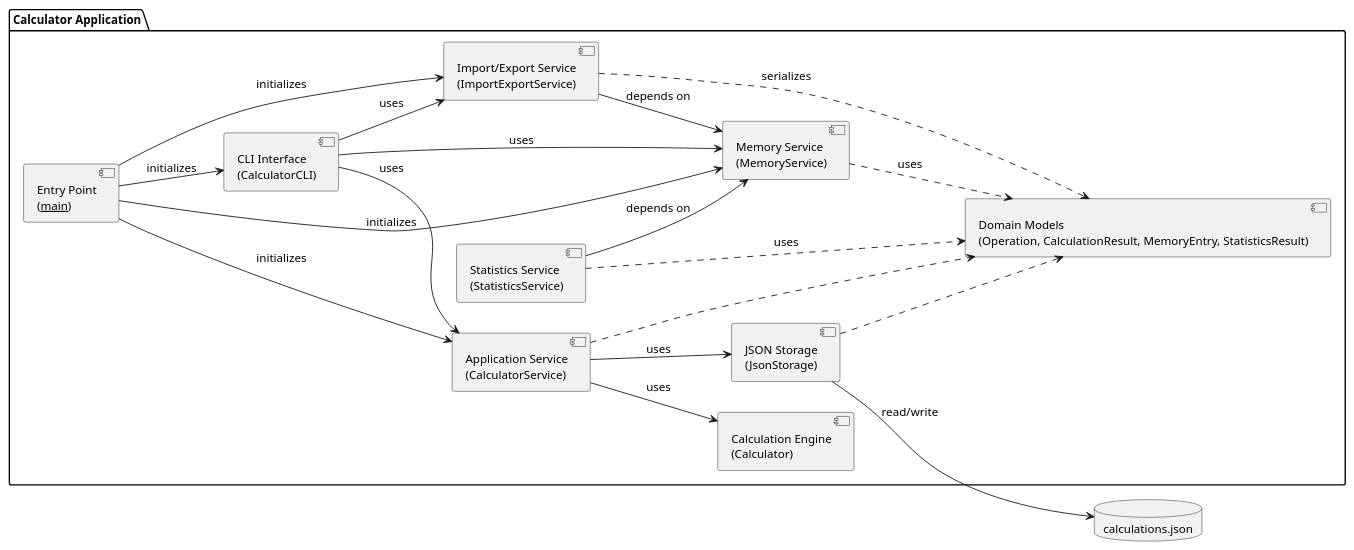
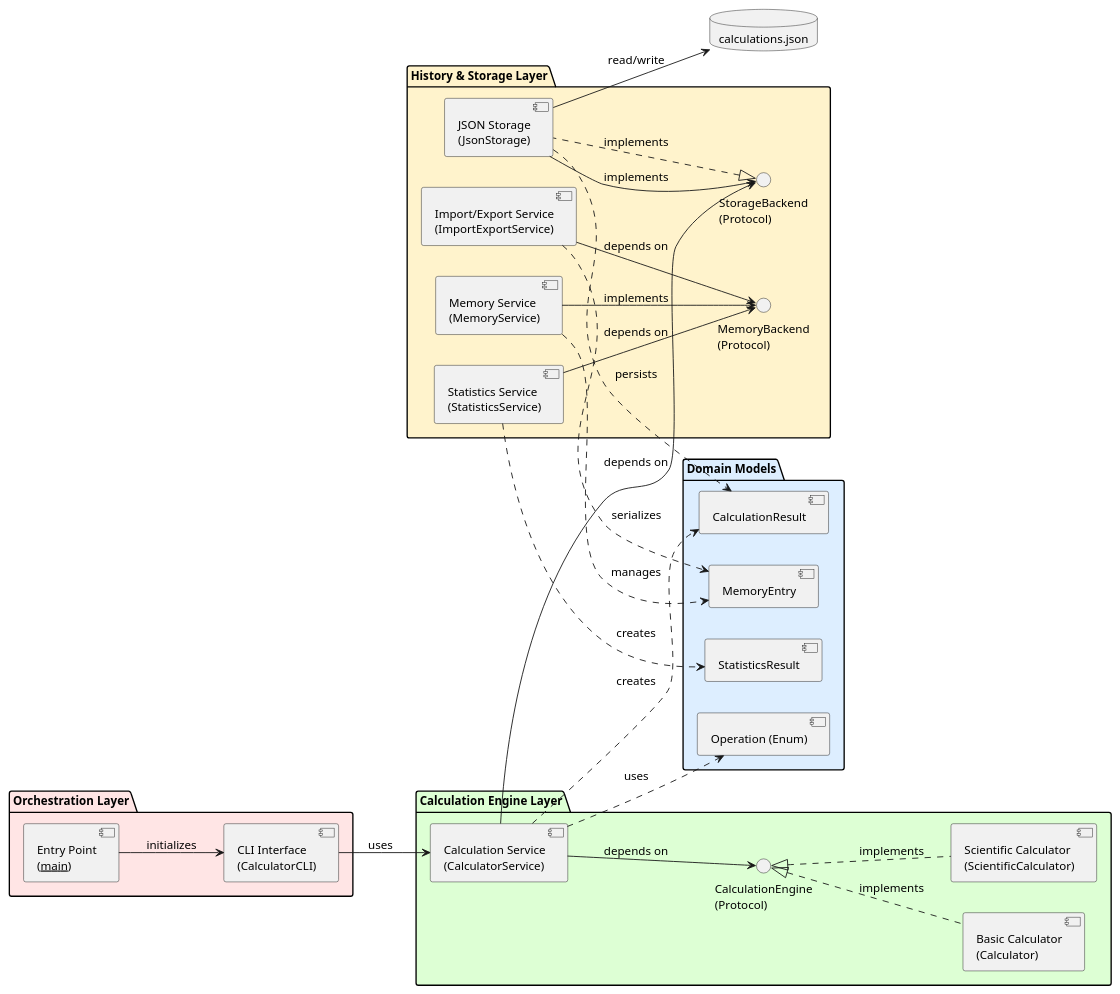
Before and after one commit to DanielRiha8906/Software_autoevolution_using_agents: the diagram in experiments/pipeline/test_driven/calculator/artifacts/component_diagram.puml, drawn with PlantUML. The commit also changed 28 other files, not shown here.

First line of the commit message:
task 09 | pipeline / test_driven / calculator: Refactor into three-layer architecture

```diff
--- a/experiments/pipeline/test_driven/calculator/artifacts/component_diagram.puml
+++ b/experiments/pipeline/test_driven/calculator/artifacts/component_diagram.puml
@@ -1,43 +1,58 @@
 @startuml component_diagram
 
 skinparam componentStyle uml2
 skinparam defaultFontSize 13
 left to right direction
 
-package "Calculator Application" {
-
+package "Orchestration Layer" #FFE5E5 {
     component "Entry Point\n(__main__)" as Main
     component "CLI Interface\n(CalculatorCLI)" as CLI
-    component "Application Service\n(CalculatorService)" as Service
+}
+
+package "Calculation Engine Layer" #DDFFD4 {
+    component "Calculation Service\n(CalculatorService)" as Service
+    component "Basic Calculator\n(Calculator)" as BasicCalc
+    component "Scientific Calculator\n(ScientificCalculator)" as SciCalc
+    interface "CalculationEngine\n(Protocol)" as CalcProto
+}
+
+package "History & Storage Layer" #FFF3CC {
     component "Memory Service\n(MemoryService)" as Memory
+    component "Statistics Service\n(StatisticsService)" as Statistics
     component "Import/Export Service\n(ImportExportService)" as ImportExport
-    component "Statistics Service\n(StatisticsService)" as Statistics
-    component "Calculation Engine\n(Calculator)" as Calc
     component "JSON Storage\n(JsonStorage)" as Store
-    component "Domain Models\n(Operation, CalculationResult, MemoryEntry, StatisticsResult)" as Models
+    interface "MemoryBackend\n(Protocol)" as MemProto
+    interface "StorageBackend\n(Protocol)" as StorProto
+}
 
-    Main --> CLI : initializes
-    Main --> Service : initializes
-    Main --> Memory : initializes
-    Main --> ImportExport : initializes
-
-    CLI --> Service : uses
-    CLI --> Memory : uses
-    CLI --> ImportExport : uses
-    Service --> Calc : uses
-    Service --> Store : uses
-    ImportExport --> Memory : depends on
-    ImportExport ..> Models : serializes
-    Memory ..> Models : uses
-    Statistics --> Memory : depends on
-    Statistics ..> Models : uses
-
-    Service ..> Models
-    Store ..> Models
+package "Domain Models" #DDEEFF {
+    component "Operation (Enum)" as OpModel
+    component "CalculationResult" as CalcModel
+    component "MemoryEntry" as MemModel
+    component "StatisticsResult" as StatsModel
 }
 
 database "calculations.json" as DB
 
+Main --> CLI : initializes
+CLI --> Service : uses
+Service --> CalcProto : depends on
+CalcProto <|.. BasicCalc : implements
+CalcProto <|.. SciCalc : implements
+Service --> StorProto : depends on
+StorProto <|.. Store : implements
+
+Memory --> MemProto : implements
+Statistics --> MemProto : depends on
+ImportExport --> MemProto : depends on
+Store --> StorProto : implements
 Store --> DB : read/write
 
+Service ..> CalcModel : creates
+Service ..> OpModel : uses
+Memory ..> MemModel : manages
+Statistics ..> StatsModel : creates
+ImportExport ..> MemModel : serializes
+Store ..> CalcModel : persists
+
 @enduml
```
